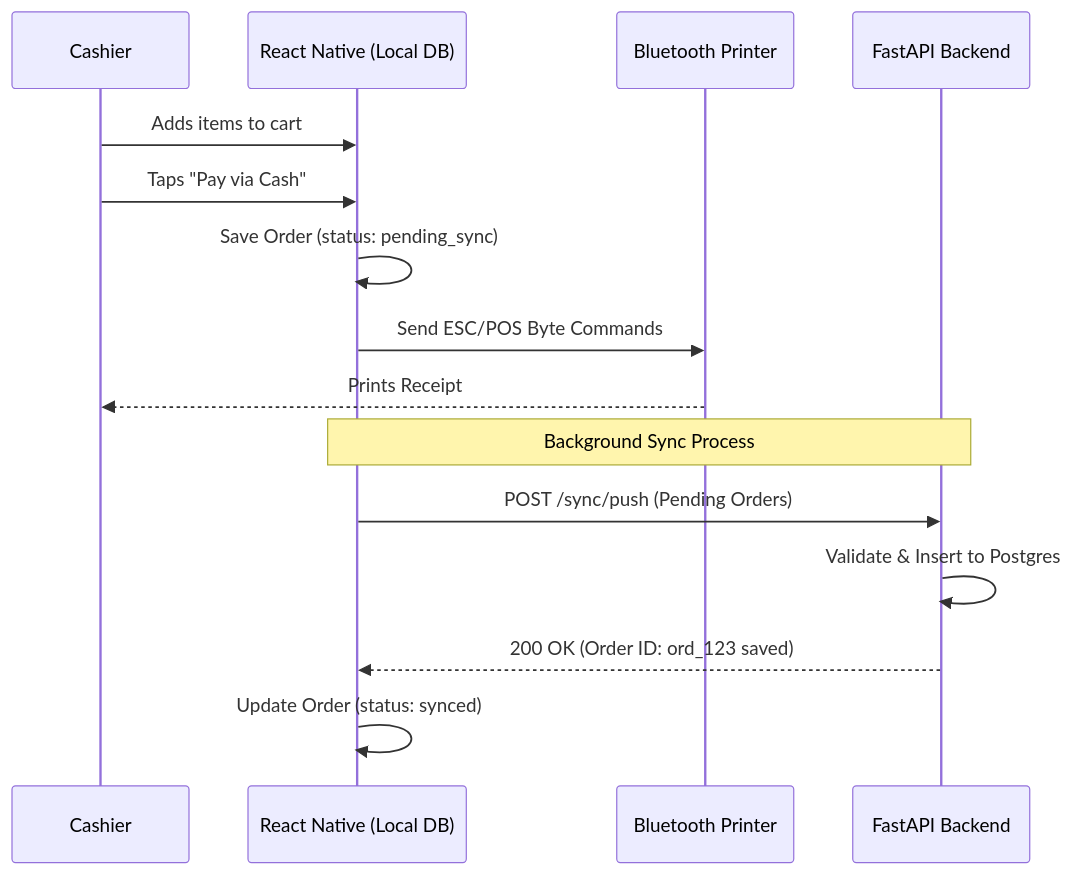
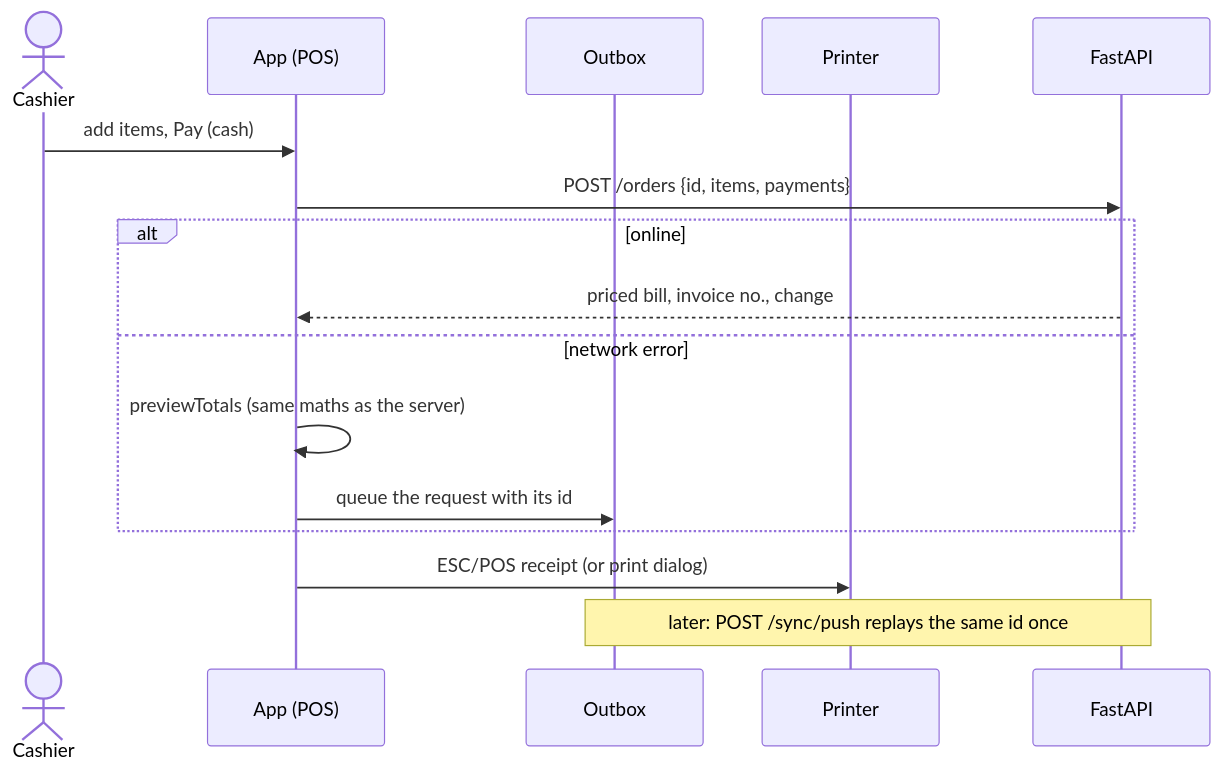
The second of 2 diagrams in docs/features/003_Core_POS_Billing.md (vishwajitvm/Tallyko), drawn with Mermaid before and after one commit. The commit also changed other lines of this file and 773 other files, not shown here.

````diff
--- a/docs/features/003_Core_POS_Billing.md
+++ b/docs/features/003_Core_POS_Billing.md
@@ -69,21 +113,19 @@
 ```mermaid
 sequenceDiagram
-    participant Cashier
-    participant MobileApp as React Native (Local DB)
-    participant Printer as Bluetooth Printer
-    participant Server as FastAPI Backend
+    actor Cashier
+    participant POS as App (POS)
+    participant Out as Outbox
+    participant Printer as Printer
+    participant API as FastAPI
 
-    Cashier->>MobileApp: Adds items to cart
-    Cashier->>MobileApp: Taps "Pay via Cash"
-    
-    MobileApp->>MobileApp: Save Order (status: pending_sync)
-    MobileApp->>Printer: Send ESC/POS Byte Commands
-    Printer-->>Cashier: Prints Receipt
-    
-    Note over MobileApp, Server: Background Sync Process
-    
-    MobileApp->>Server: POST /sync/push (Pending Orders)
-    Server->>Server: Validate & Insert to Postgres
-    Server-->>MobileApp: 200 OK (Order ID: ord_123 saved)
-    MobileApp->>MobileApp: Update Order (status: synced)
+    Cashier->>POS: add items, Pay (cash)
+    POS->>API: POST /orders {id, items, payments}
+    alt online
+        API-->>POS: priced bill, invoice no., change
+    else network error
+        POS->>POS: previewTotals (same maths as the server)
+        POS->>Out: queue the request with its id
+    end
+    POS->>Printer: ESC/POS receipt (or print dialog)
+    Note over Out,API: later: POST /sync/push replays the same id once
 ```
````
